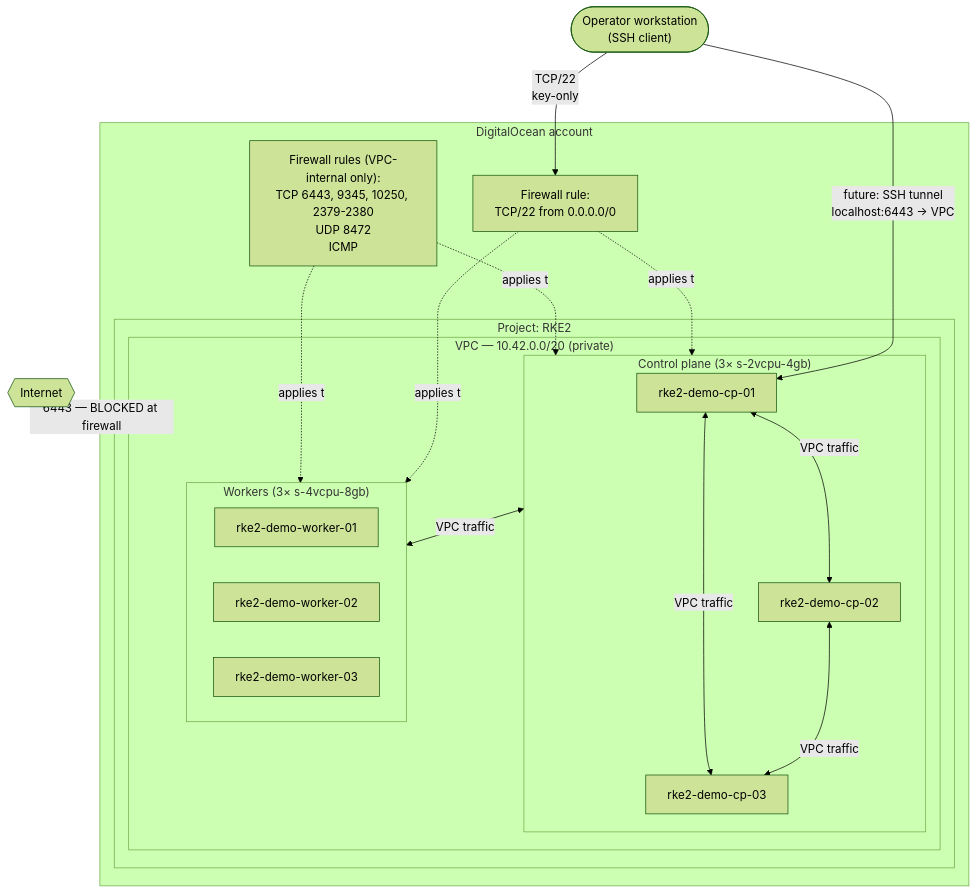
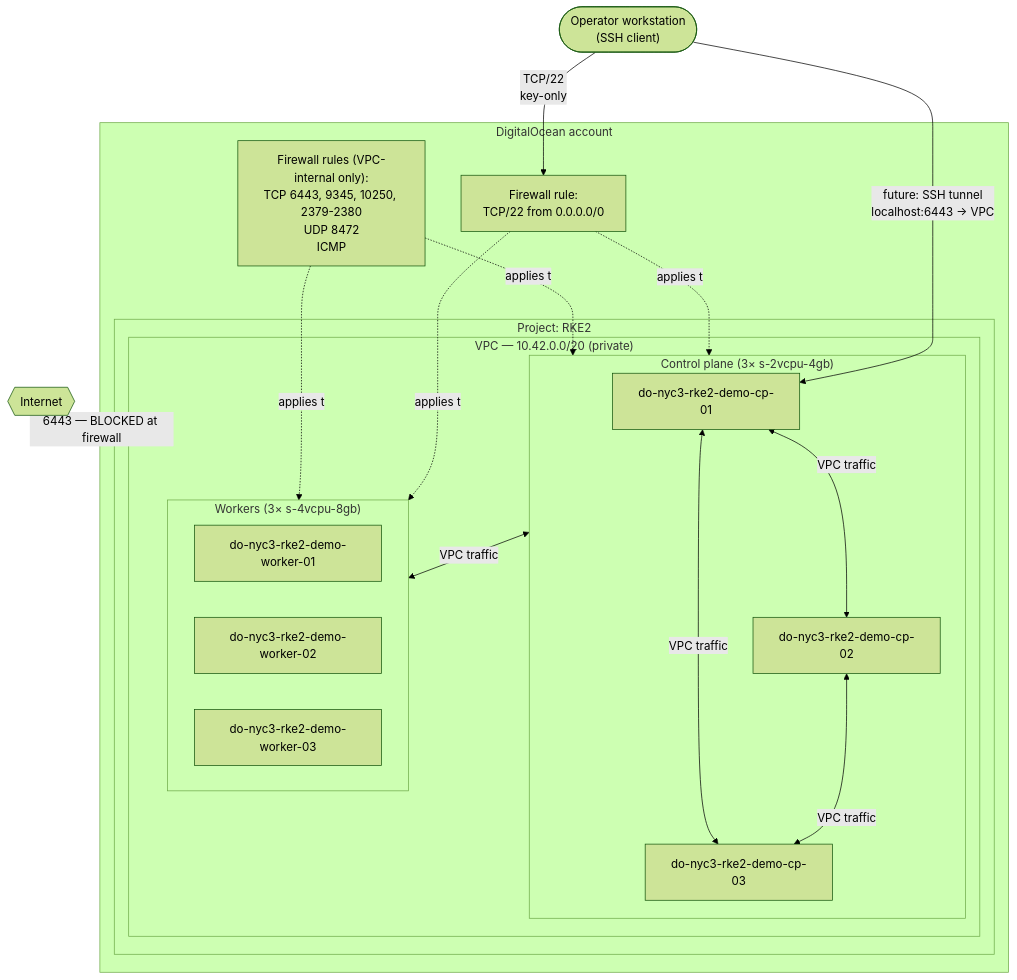
One commit to geekmush/rke2-demo changed the first of 2 diagrams in docs/diagrams/do-network.md. Above: the diagram before and after it, drawn with Mermaid (forest theme). The commit also changed 11 other files, not shown here.

First line of the commit message:
docs: update CLAUDE.md, README, runbooks, diagrams for the new identity

````diff
--- a/docs/diagrams/do-network.md
+++ b/docs/diagrams/do-network.md
@@ -7,40 +7,40 @@
 ```mermaid
 flowchart TB
     operator(["Operator workstation<br/>(SSH client)"])
     internet{{Internet}}
 
     operator -->|"TCP/22<br/>key-only"| fw_ssh
 
     subgraph do["DigitalOcean account"]
         subgraph project["Project: RKE2"]
             subgraph vpc["VPC — 10.42.0.0/20 (private)"]
                 subgraph cp["Control plane (3× s-2vcpu-4gb)"]
-                    cp1["rke2-demo-cp-01"]
-                    cp2["rke2-demo-cp-02"]
-                    cp3["rke2-demo-cp-03"]
+                    cp1["do-nyc3-rke2-demo-cp-01"]
+                    cp2["do-nyc3-rke2-demo-cp-02"]
+                    cp3["do-nyc3-rke2-demo-cp-03"]
                 end
                 subgraph wk["Workers (3× s-4vcpu-8gb)"]
-                    wk1["rke2-demo-worker-01"]
-                    wk2["rke2-demo-worker-02"]
-                    wk3["rke2-demo-worker-03"]
+                    wk1["do-nyc3-rke2-demo-worker-01"]
+                    wk2["do-nyc3-rke2-demo-worker-02"]
+                    wk3["do-nyc3-rke2-demo-worker-03"]
                 end
             end
         end
 
         fw_ssh["Firewall rule:<br/>TCP/22 from 0.0.0.0/0"]
         fw_int["Firewall rules (VPC-internal only):<br/>TCP 6443, 9345, 10250, 2379-2380<br/>UDP 8472<br/>ICMP"]
 
         fw_ssh -.applies to.-> cp
         fw_ssh -.applies to.-> wk
         fw_int -.applies to.-> cp
         fw_int -.applies to.-> wk
     end
 
     cp1 <-->|"VPC traffic"| cp2
     cp2 <-->|"VPC traffic"| cp3
     cp1 <-->|"VPC traffic"| cp3
     cp <-->|"VPC traffic"| wk
 
     internet -.->|"6443 — BLOCKED at firewall"| vpc
     operator -->|"future: SSH tunnel<br/>localhost:6443 → VPC"| cp1
 ```
````
